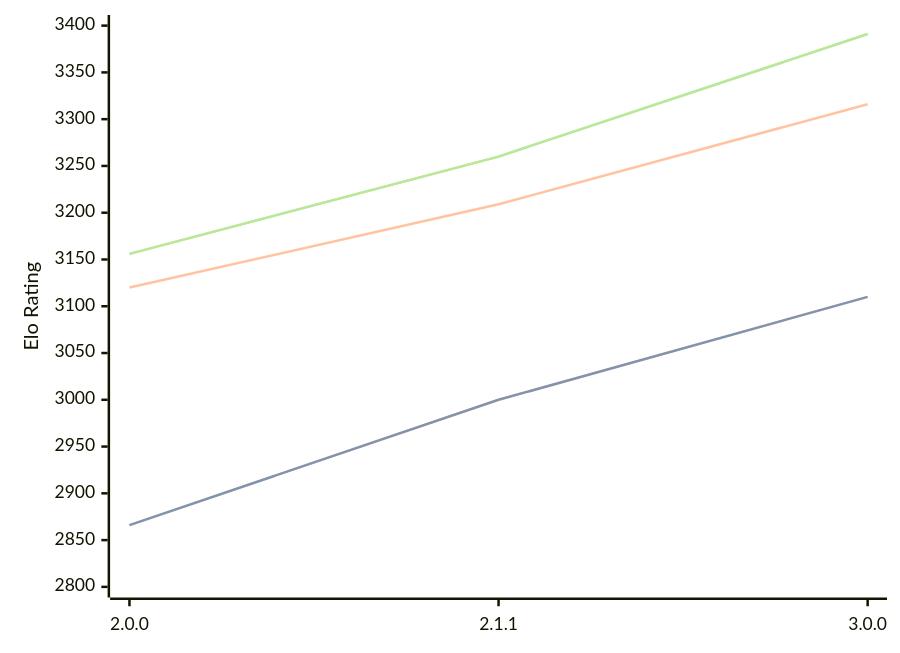
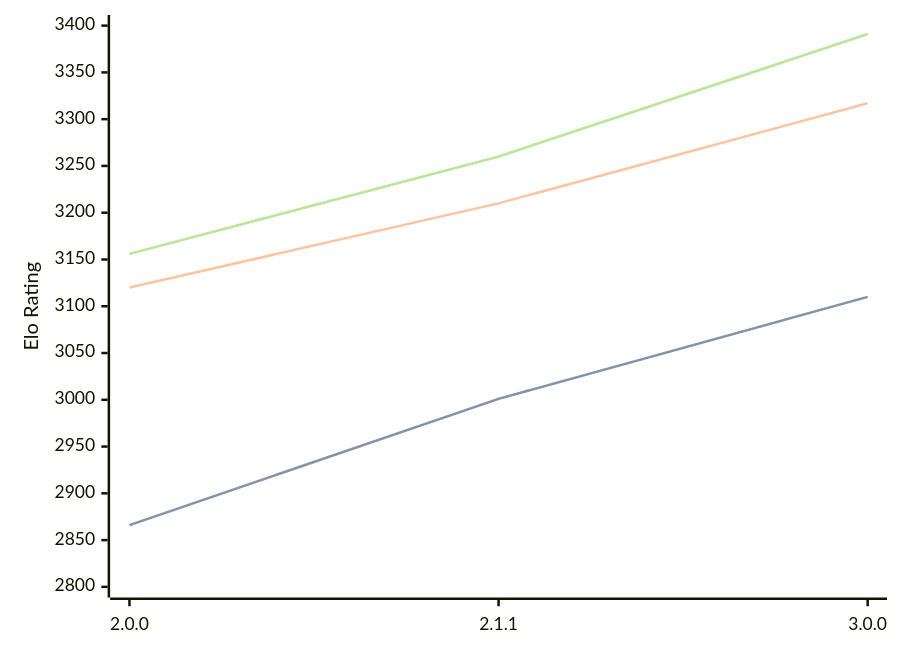
One commit to computer-chess-index/cci changed the diagram in engines/Bread.md. Above: the diagram before and after it, drawn with Mermaid. The commit also changed other lines of this file, not shown here.

````diff
--- a/engines/Bread.md
+++ b/engines/Bread.md
@@ -36,11 +36,11 @@
 ```mermaid
 %%{init: {"theme":"base","themeVariables":{"seriesColors:['#a3a3a3','#222221','#faa371']}}}%%
 xychart-beta
   x-axis ["2.0.0", "2.1.1", "3.0.0"]
   y-axis "Elo Rating" 2800 --> 3400
-  line "" [2866, 3000, 3110]
-  line "STC (8.0+0.08s)" [2866, 3000, 3110]
-  line "LTC (60.0+0.60s)" [3120, 3209, 3316]
+  line "" [2866, 3001, 3110]
+  line "STC (8.0+0.08s)" [2866, 3001, 3110]
+  line "LTC (60.0+0.60s)" [3120, 3210, 3317]
   line "" [3156, 3260, 3391]
   line "VLTC (2m24s+1.12s)" [3156, 3260, 3391]
 ```
````
